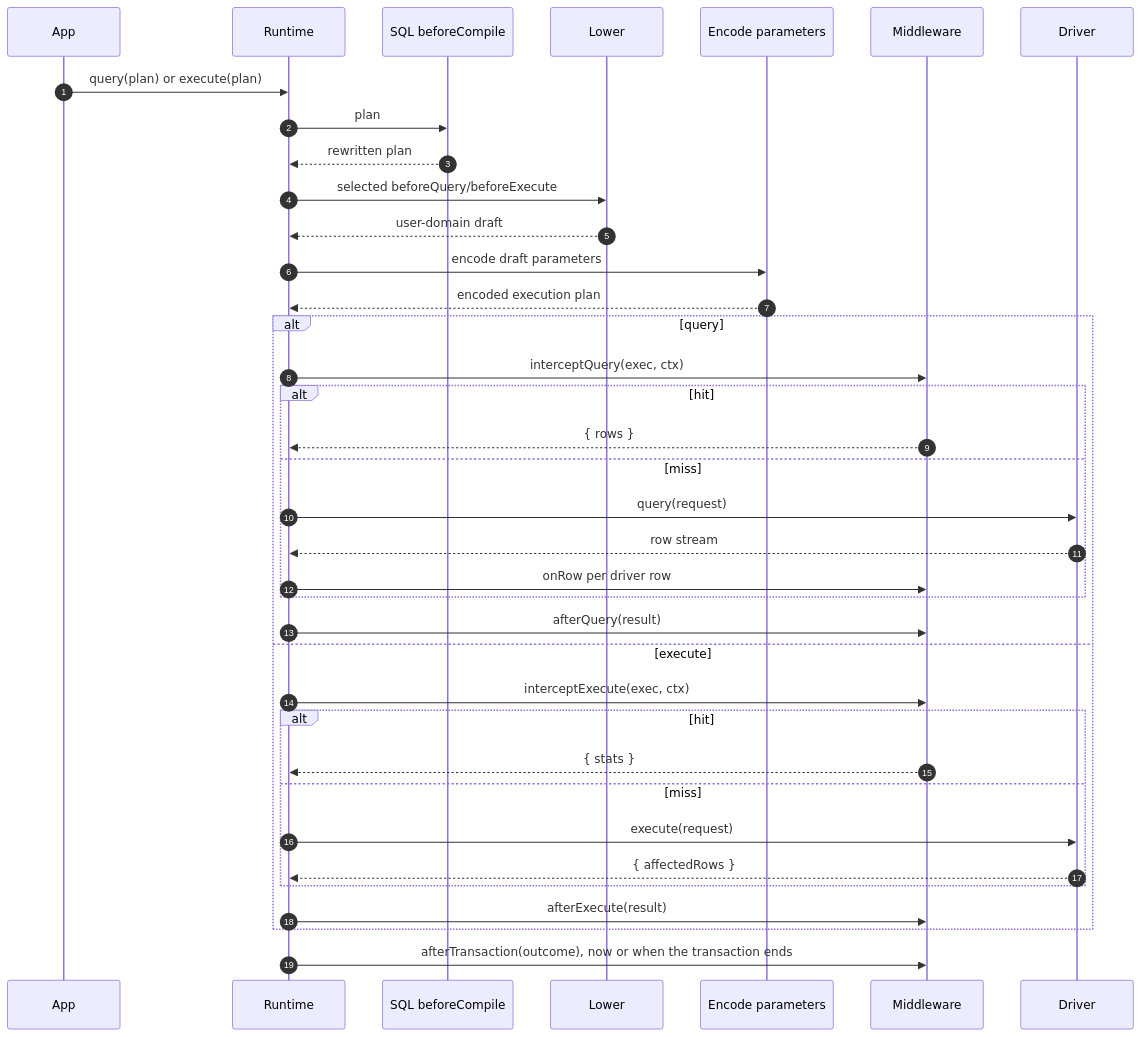
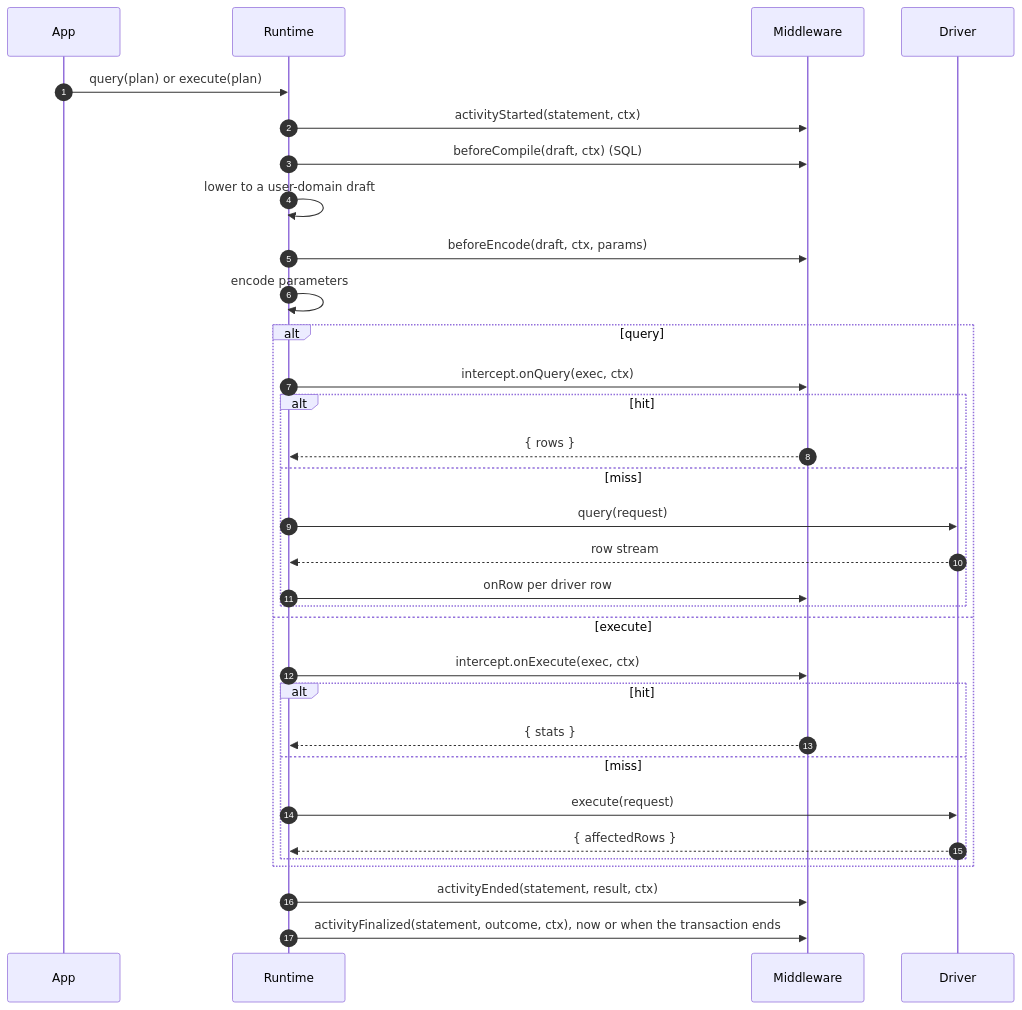
One commit to prisma/prisma changed the third of 3 diagrams in docs/architecture docs/subsystems/4. Runtime & Middleware Framework.md. Above: the diagram before and after it, drawn with Mermaid. The commit also changed other lines of this file and 17 other files, not shown here.

First line of the commit message:
TML-3559: Document statement and transaction activities and record upgrade instructions

````diff
--- a/docs/architecture docs/subsystems/4. Runtime & Middleware Framework.md
+++ b/docs/architecture docs/subsystems/4. Runtime & Middleware Framework.md
@@ -374,40 +444,35 @@
 ```mermaid
 sequenceDiagram
   autonumber
   participant App as App
   participant Runtime as Runtime
-  participant Compile as SQL beforeCompile
-  participant Lower as Lower
-  participant Encode as Encode parameters
   participant MW as Middleware
   participant Driver as Driver
 
   App->>Runtime: query(plan) or execute(plan)
-  Runtime->>Compile: plan
-  Compile-->>Runtime: rewritten plan
-  Runtime->>Lower: selected beforeQuery/beforeExecute
-  Lower-->>Runtime: user-domain draft
-  Runtime->>Encode: encode draft parameters
-  Encode-->>Runtime: encoded execution plan
+  Runtime->>MW: activityStarted(statement, ctx)
+  Runtime->>MW: beforeCompile(draft, ctx) (SQL)
+  Runtime->>Runtime: lower to a user-domain draft
+  Runtime->>MW: beforeEncode(draft, ctx, params)
+  Runtime->>Runtime: encode parameters
   alt query
-    Runtime->>MW: interceptQuery(exec, ctx)
+    Runtime->>MW: intercept.onQuery(exec, ctx)
     alt hit
       MW-->>Runtime: { rows }
     else miss
       Runtime->>Driver: query(request)
       Driver-->>Runtime: row stream
       Runtime->>MW: onRow per driver row
     end
-    Runtime->>MW: afterQuery(result)
   else execute
-    Runtime->>MW: interceptExecute(exec, ctx)
+    Runtime->>MW: intercept.onExecute(exec, ctx)
     alt hit
       MW-->>Runtime: { stats }
     else miss
       Runtime->>Driver: execute(request)
       Driver-->>Runtime: { affectedRows }
     end
-    Runtime->>MW: afterExecute(result)
   end
-  Runtime->>MW: afterTransaction(outcome), now or when the transaction ends
+  Runtime->>MW: activityEnded(statement, result, ctx)
+  Runtime->>MW: activityFinalized(statement, outcome, ctx), now or when the transaction ends
 ```
````
